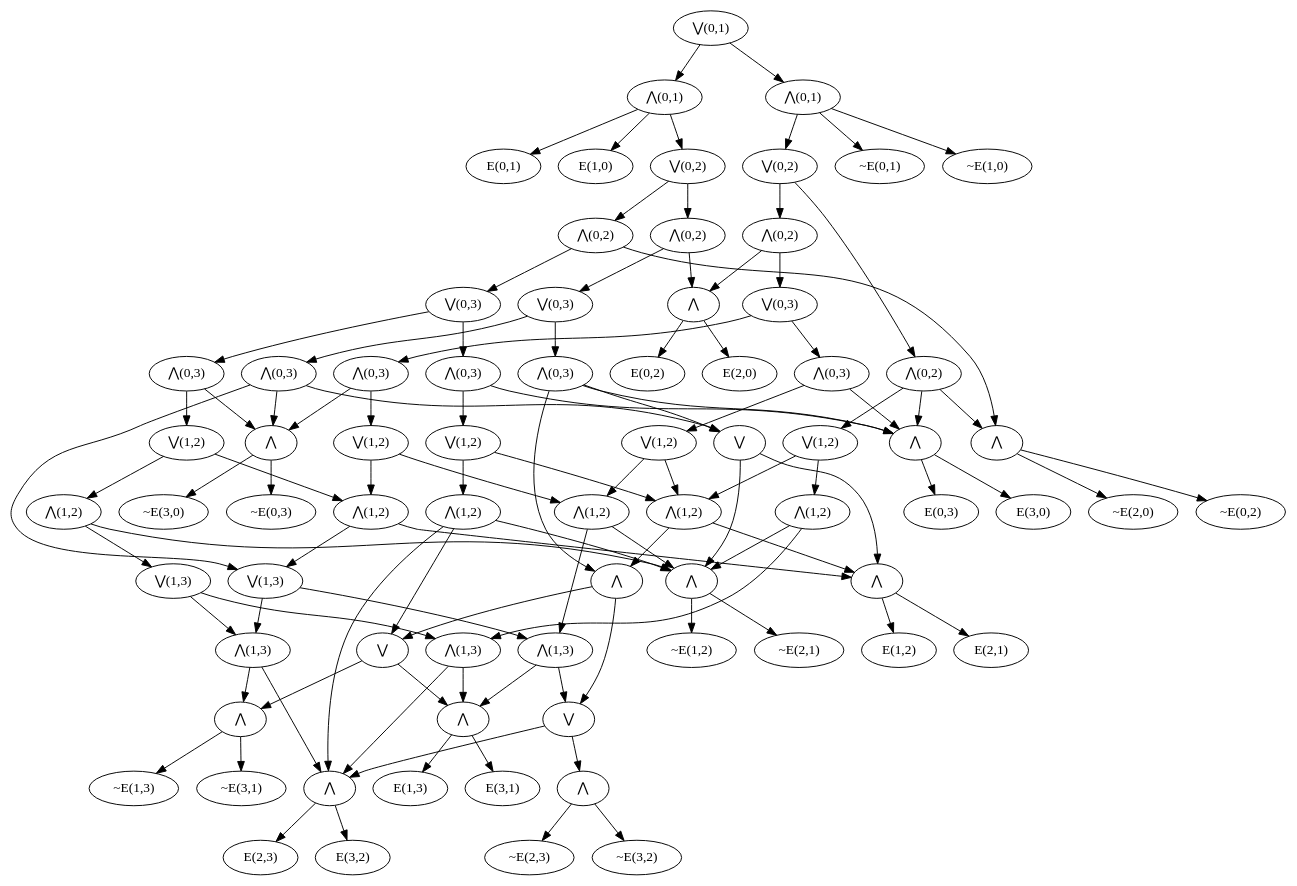
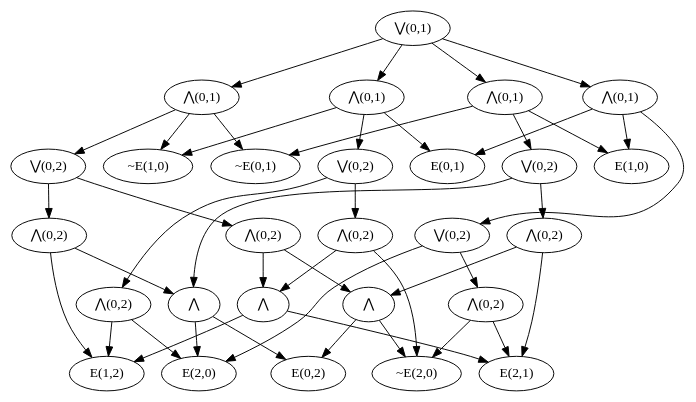
The diagram in dnnf.dot (MengQiaolan/FO2_DNNF), drawn with Graphviz before and after one commit. The commit also changed 4 other files, not shown here.

```diff
--- a/dnnf.dot
+++ b/dnnf.dot
@@ -1,177 +1,72 @@
 strict digraph "" {
 	node [label="\N"];
 	0	[label="⋁(0,1)"];
-	25	[label="⋀(0,1)"];
-	0 -> 25;
-	57	[label="⋀(0,1)"];
-	0 -> 57;
+	10	[label="⋀(0,1)"];
+	0 -> 10;
+	17	[label="⋀(0,1)"];
+	0 -> 17;
+	21	[label="⋀(0,1)"];
+	0 -> 21;
+	24	[label="⋀(0,1)"];
+	0 -> 24;
 	1	[label="E(0,1)"];
 	2	[label="~E(0,1)"];
 	3	[label="E(1,0)"];
 	4	[label="~E(1,0)"];
 	5	[label="E(0,2)"];
-	6	[label="~E(0,2)"];
-	7	[label="E(2,0)"];
-	8	[label="~E(2,0)"];
-	9	[label="E(0,3)"];
-	10	[label="~E(0,3)"];
-	11	[label="E(3,0)"];
-	12	[label="~E(3,0)"];
-	13	[label="E(1,2)"];
-	14	[label="~E(1,2)"];
-	15	[label="E(2,1)"];
-	16	[label="~E(2,1)"];
-	17	[label="E(1,3)"];
-	18	[label="~E(1,3)"];
-	19	[label="E(3,1)"];
-	20	[label="~E(3,1)"];
-	21	[label="E(2,3)"];
-	22	[label="~E(2,3)"];
-	23	[label="E(3,2)"];
-	24	[label="~E(3,2)"];
-	25 -> 1;
-	25 -> 3;
-	26	[label="⋁(0,2)"];
+	6	[label="E(2,0)"];
+	7	[label="~E(2,0)"];
+	8	[label="E(1,2)"];
+	9	[label="E(2,1)"];
+	10 -> 2;
+	10 -> 4;
+	11	[label="⋁(0,2)"];
+	10 -> 11;
+	13	[label="⋀(0,2)"];
+	11 -> 13;
+	16	[label="⋀(0,2)"];
+	11 -> 16;
+	12	[label=⋀];
+	12 -> 5;
+	12 -> 7;
+	13 -> 12;
+	14	[label=⋀];
+	13 -> 14;
+	14 -> 8;
+	14 -> 9;
+	15	[label=⋀];
+	15 -> 5;
+	15 -> 6;
+	16 -> 8;
+	16 -> 15;
+	17 -> 1;
+	17 -> 4;
+	18	[label="⋁(0,2)"];
+	17 -> 18;
+	19	[label="⋀(0,2)"];
+	18 -> 19;
+	20	[label="⋀(0,2)"];
+	18 -> 20;
+	19 -> 7;
+	19 -> 14;
+	20 -> 6;
+	20 -> 8;
+	21 -> 2;
+	21 -> 3;
+	22	[label="⋁(0,2)"];
+	21 -> 22;
+	22 -> 15;
+	23	[label="⋀(0,2)"];
+	22 -> 23;
+	23 -> 9;
+	23 -> 12;
+	24 -> 1;
+	24 -> 3;
+	25	[label="⋁(0,2)"];
+	24 -> 25;
+	25 -> 6;
+	26	[label="⋀(0,2)"];
 	25 -> 26;
-	28	[label="⋀(0,2)"];
-	26 -> 28;
-	44	[label="⋀(0,2)"];
-	26 -> 44;
-	27	[label=⋀];
-	27 -> 5;
-	27 -> 7;
-	28 -> 27;
-	29	[label="⋁(0,3)"];
-	28 -> 29;
-	31	[label="⋀(0,3)"];
-	29 -> 31;
-	33	[label="⋀(0,3)"];
-	29 -> 33;
-	30	[label=⋀];
-	30 -> 9;
-	30 -> 11;
-	31 -> 30;
-	34	[label=⋁];
-	31 -> 34;
-	71	[label=⋀];
-	31 -> 71;
-	32	[label=⋀];
-	32 -> 10;
-	32 -> 12;
-	33 -> 32;
-	33 -> 34;
-	37	[label="⋁(1,3)"];
-	33 -> 37;
-	35	[label=⋀];
-	34 -> 35;
-	36	[label=⋀];
-	34 -> 36;
-	35 -> 13;
-	35 -> 15;
-	36 -> 14;
-	36 -> 16;
-	39	[label="⋀(1,3)"];
-	37 -> 39;
-	41	[label="⋀(1,3)"];
-	37 -> 41;
-	38	[label=⋀];
-	38 -> 17;
-	38 -> 19;
-	39 -> 38;
-	69	[label=⋁];
-	39 -> 69;
-	40	[label=⋀];
-	40 -> 18;
-	40 -> 20;
-	41 -> 40;
-	42	[label=⋀];
-	41 -> 42;
-	42 -> 21;
-	42 -> 23;
-	43	[label=⋀];
-	43 -> 6;
-	43 -> 8;
-	44 -> 43;
-	45	[label="⋁(0,3)"];
-	44 -> 45;
-	46	[label="⋀(0,3)"];
-	45 -> 46;
-	51	[label="⋀(0,3)"];
-	45 -> 51;
-	46 -> 30;
-	47	[label="⋁(1,2)"];
-	46 -> 47;
-	48	[label="⋀(1,2)"];
-	47 -> 48;
-	49	[label="⋀(1,2)"];
-	47 -> 49;
-	48 -> 35;
-	48 -> 71;
-	49 -> 36;
-	49 -> 42;
-	50	[label=⋁];
-	49 -> 50;
-	50 -> 38;
-	50 -> 40;
-	51 -> 32;
-	52	[label="⋁(1,2)"];
-	51 -> 52;
-	53	[label="⋀(1,2)"];
-	52 -> 53;
-	54	[label="⋀(1,2)"];
-	52 -> 54;
-	53 -> 35;
-	53 -> 37;
-	54 -> 36;
-	55	[label="⋁(1,3)"];
-	54 -> 55;
-	55 -> 41;
-	56	[label="⋀(1,3)"];
-	55 -> 56;
-	56 -> 38;
-	56 -> 42;
-	57 -> 2;
-	57 -> 4;
-	58	[label="⋁(0,2)"];
-	57 -> 58;
-	59	[label="⋀(0,2)"];
-	58 -> 59;
-	66	[label="⋀(0,2)"];
-	58 -> 66;
-	59 -> 27;
-	60	[label="⋁(0,3)"];
-	59 -> 60;
-	61	[label="⋀(0,3)"];
-	60 -> 61;
-	64	[label="⋀(0,3)"];
-	60 -> 64;
-	61 -> 30;
-	62	[label="⋁(1,2)"];
-	61 -> 62;
-	62 -> 48;
-	63	[label="⋀(1,2)"];
-	62 -> 63;
-	63 -> 36;
-	63 -> 39;
-	64 -> 32;
-	65	[label="⋁(1,2)"];
-	64 -> 65;
-	65 -> 53;
-	65 -> 63;
-	66 -> 30;
-	66 -> 43;
-	67	[label="⋁(1,2)"];
-	66 -> 67;
-	67 -> 48;
-	68	[label="⋀(1,2)"];
-	67 -> 68;
-	68 -> 36;
-	68 -> 56;
-	69 -> 42;
-	70	[label=⋀];
-	69 -> 70;
-	70 -> 22;
-	70 -> 24;
-	71 -> 50;
-	71 -> 69;
+	26 -> 7;
+	26 -> 9;
 }
```
